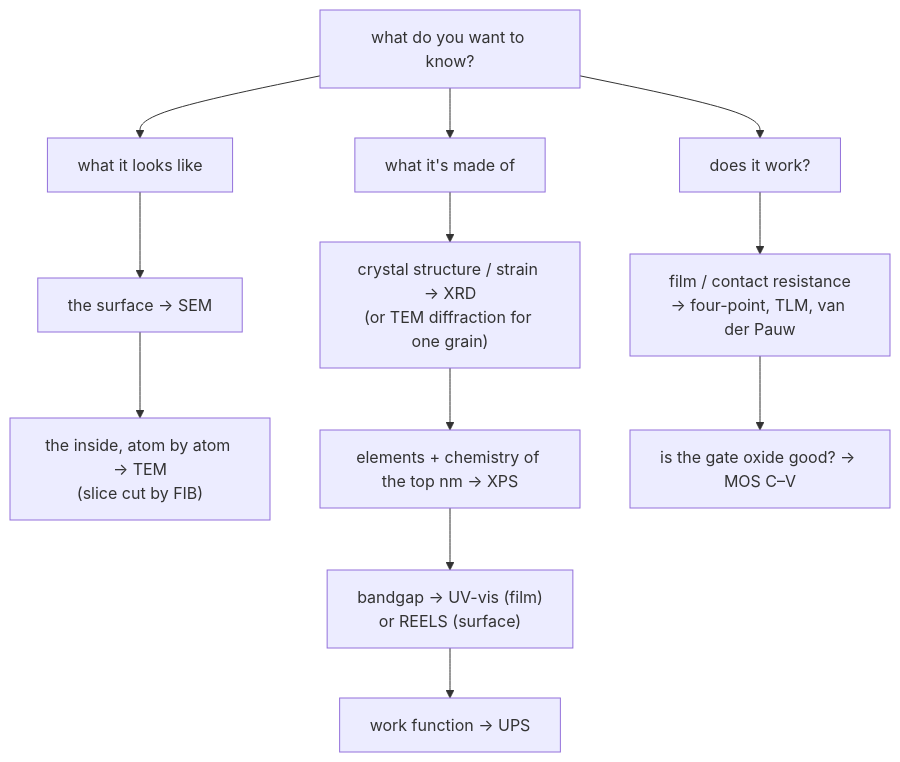
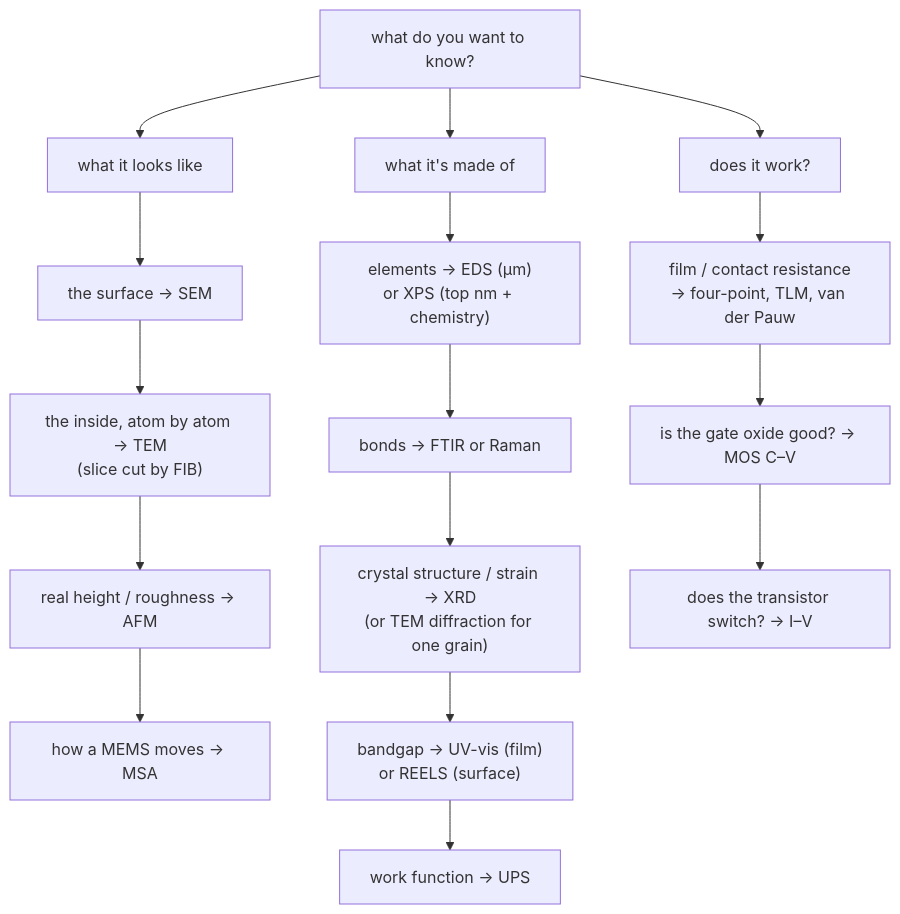
Before and after one commit to ArhamAkhtarAlam/mitxpro-my-notes: the diagram in IISc/Metrology and nano-characterization workshop.md, drawn with Mermaid. The commit also changed other lines of this file and 52 other files, not shown here.

````diff
--- a/IISc/Metrology and nano-characterization workshop.md
+++ b/IISc/Metrology and nano-characterization workshop.md
@@ -19,14 +51,18 @@
 ```mermaid
 flowchart TD
     Q["what do you want to know?"] --> L["what it looks like"]
     Q --> M["what it's made of"]
     Q --> W["does it work?"]
     L --> SEM["the surface → SEM"]
     SEM --> TEM["the inside, atom by atom → TEM<br/>(slice cut by FIB)"]
-    M --> XRD["crystal structure / strain → XRD<br/>(or TEM diffraction for one grain)"]
-    XRD --> XPS["elements + chemistry of the top nm → XPS"]
-    XPS --> GAP["bandgap → UV-vis (film)<br/>or REELS (surface)"]
+    TEM --> AFM["real height / roughness → AFM"]
+    AFM --> MSA["how a MEMS moves → MSA"]
+    M --> EL["elements → EDS (µm)<br/>or XPS (top nm + chemistry)"]
+    EL --> BO["bonds → FTIR or Raman"]
+    BO --> XRD["crystal structure / strain → XRD<br/>(or TEM diffraction for one grain)"]
+    XRD --> GAP["bandgap → UV-vis (film)<br/>or REELS (surface)"]
     GAP --> UPS["work function → UPS"]
     W --> SR["film / contact resistance<br/>→ four-point, TLM, van der Pauw"]
     SR --> CV["is the gate oxide good? → MOS C–V"]
+    CV --> IV["does the transistor switch? → I–V"]
 ```
````
